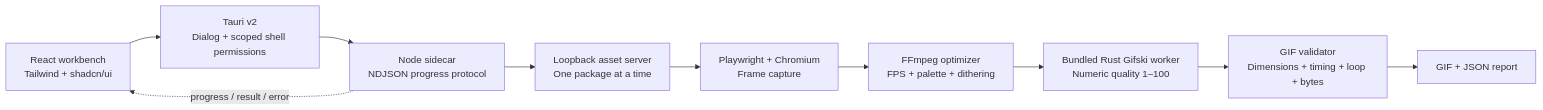
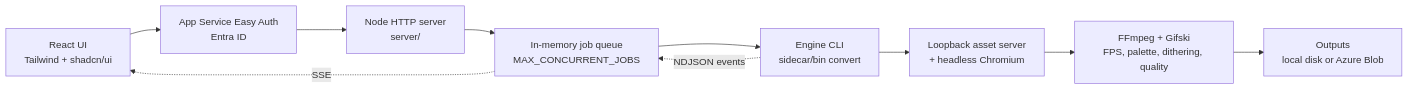
One commit to oumeirapp/gif-forge changed the diagram in README.md. Above: the diagram before and after it, drawn with Mermaid. The commit also changed other lines of this file and 5 other files, not shown here.

````diff
--- a/README.md
+++ b/README.md
@@ -7,16 +7,14 @@
 ```mermaid
 flowchart LR
-    UI["React workbench\nTailwind + shadcn/ui"]
-    Tauri["Tauri v2\nDialog + scoped shell permissions"]
-    Sidecar["Node sidecar\nNDJSON progress protocol"]
-    Server["Loopback asset server\nOne package at a time"]
-    Browser["Playwright + Chromium\nFrame capture"]
-    Encoder["FFmpeg optimizer\nFPS + palette + dithering"]
-    Compress["Bundled Rust Gifski worker\nNumeric quality 1–100"]
-    Validate["GIF validator\nDimensions + timing + loop + bytes"]
-    Files["GIF + JSON report"]
+    Browser["React UI\nTailwind + shadcn/ui"]
+    EasyAuth["App Service Easy Auth\nEntra ID"]
+    API["Node HTTP server\nserver/"]
+    Jobs["In-memory job queue\nMAX_CONCURRENT_JOBS"]
+    Engine["Engine CLI\nsidecar/bin convert"]
+    Capture["Loopback asset server\n+ headless Chromium"]
+    Encoder["FFmpeg + Gifski\nFPS, palette, dithering, quality"]
+    Store["Outputs\nlocal disk or Azure Blob"]
 
-    UI --> Tauri --> Sidecar
-    Sidecar --> Server --> Browser --> Encoder --> Compress --> Validate --> Files
-    Sidecar -. "progress / result / error" .-> UI
+    Browser --> EasyAuth --> API --> Jobs --> Engine --> Capture --> Encoder --> Store
+    Engine -. "NDJSON events" .-> Jobs -. "SSE" .-> Browser
 ```
````
